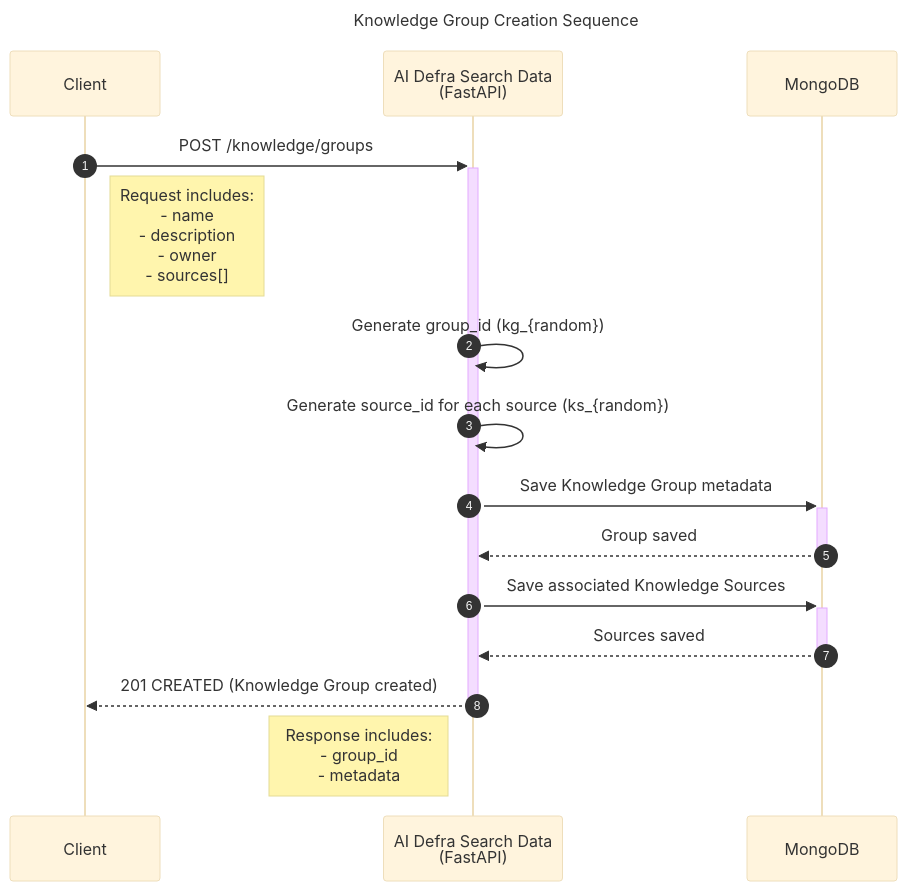
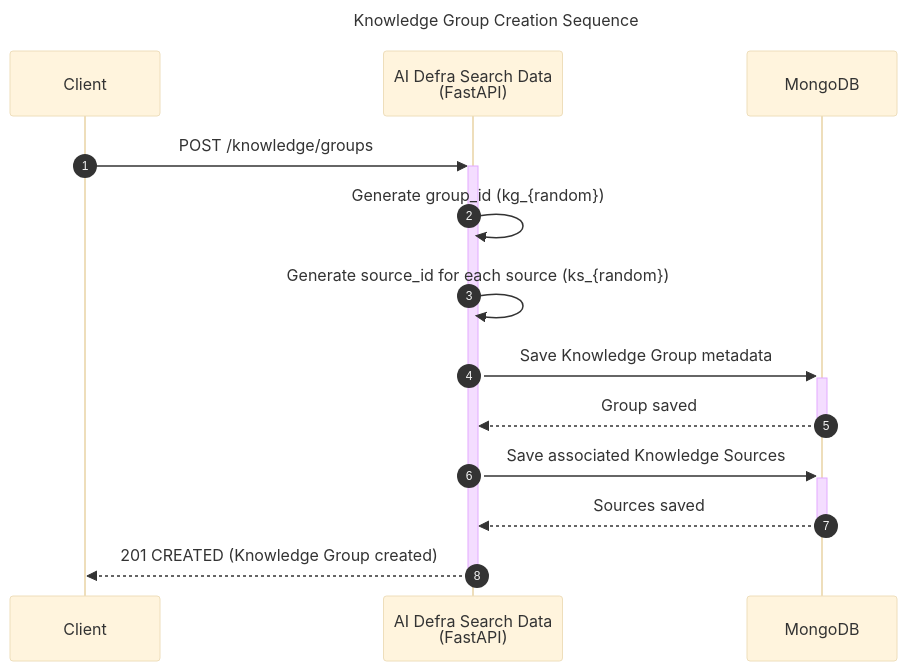
Before and after one commit to DEFRA/ai-defra-search-data: the third of 7 diagrams in README.md, drawn with Mermaid (base theme). The commit also changed other lines of this file, not shown here.

````diff
--- a/README.md
+++ b/README.md
@@ -200,25 +208,23 @@
 ```mermaid
 ---
 title: Knowledge Group Creation Sequence
 ---
 sequenceDiagram
     autonumber
     participant Client
     participant Service as AI Defra Search Data<br /> (FastAPI)
     participant MongoDB
     
     Client->>+Service: POST /knowledge/groups
-    Note right of Client: Request includes:<br/>- name<br/>- description<br/>- owner<br/>- sources[]
     
     Service->>Service: Generate group_id (kg_{random})
     Service->>Service: Generate source_id for each source (ks_{random})
     
     Service->>+MongoDB: Save Knowledge Group metadata
     MongoDB-->>-Service: Group saved
     
     Service->>+MongoDB: Save associated Knowledge Sources
     MongoDB-->>-Service: Sources saved
     
     Service-->>-Client: 201 CREATED (Knowledge Group created)
-    Note left of Service: Response includes:<br/>- group_id<br/>- metadata
 ```
````
